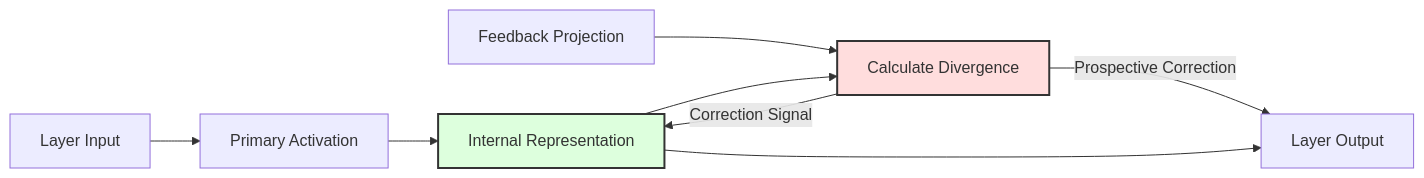
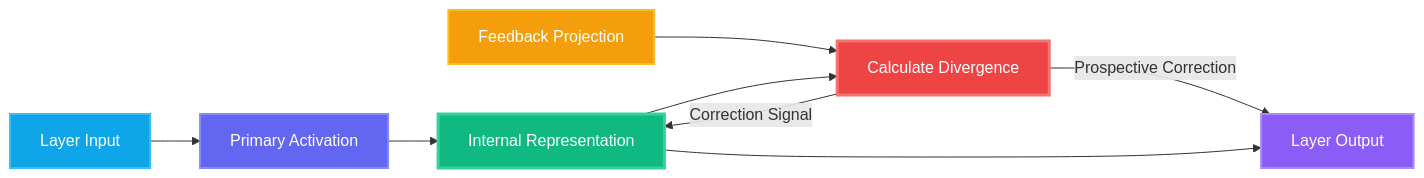
Before and after one commit to gpbacay/gpbacay_arcane: the third of 3 diagrams in docs/NEURAL_RESONANCE.md, drawn with Mermaid. The commit also changed other lines of this file, not shown here.

````diff
--- a/docs/NEURAL_RESONANCE.md
+++ b/docs/NEURAL_RESONANCE.md
@@ -109,13 +112,17 @@
 ```mermaid
 graph LR
     Input[Layer Input] --> Act[Primary Activation]
     Act --> IR[Internal Representation]
     FP[Feedback Projection] --> Div[Calculate Divergence]
     IR --> Div
     Div -- "Correction Signal" --> IR
     Div -- "Prospective Correction" --> Out[Layer Output]
     IR --> Out
 
-    style IR fill:#dfd,stroke:#333,stroke-width:2px
-    style Div fill:#fdd,stroke:#333,stroke-width:2px
+    style Input fill:#0ea5e9,stroke:#38bdf8,stroke-width:2px,color:#fff
+    style Act fill:#6366f1,stroke:#818cf8,stroke-width:2px,color:#fff
+    style IR fill:#10b981,stroke:#34d399,stroke-width:3px,color:#fff
+    style FP fill:#f59e0b,stroke:#fbbf24,stroke-width:2px,color:#fff
+    style Div fill:#ef4444,stroke:#f87171,stroke-width:3px,color:#fff
+    style Out fill:#8b5cf6,stroke:#a78bfa,stroke-width:2px,color:#fff
 ```
````
